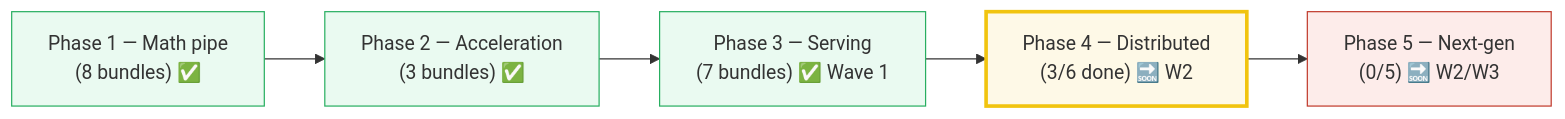
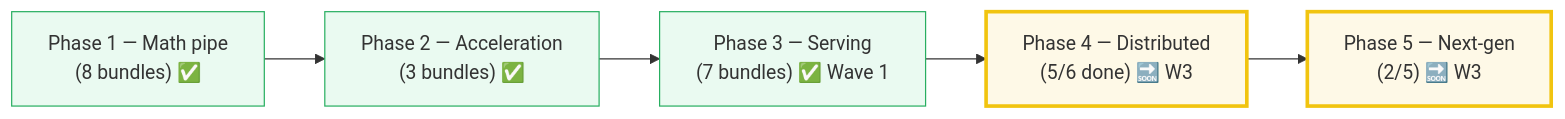
One commit to quanhua92/tutorials changed the second of 3 diagrams in llm/NEXT.md. Above: the diagram before and after it, drawn with Mermaid. The commit also changed other lines of this file and 23 other files, not shown here.

First line of the commit message:
feat(llm): add Wave 2 distributed + next-gen concept bundles

````diff
--- a/llm/NEXT.md
+++ b/llm/NEXT.md
@@ -64,12 +67,12 @@
 ```mermaid
 graph LR
     P1["Phase 1 — Math pipe<br/>(8 bundles) ✅"] --> P2["Phase 2 — Acceleration<br/>(3 bundles) ✅"]
     P2 --> P3["Phase 3 — Serving<br/>(7 bundles) ✅ Wave 1"]
-    P3 --> P4["Phase 4 — Distributed<br/>(3/6 done) 🔜 W2"]
-    P4 --> P5["Phase 5 — Next-gen<br/>(0/5) 🔜 W2/W3"]
+    P3 --> P4["Phase 4 — Distributed<br/>(5/6 done) 🔜 W3"]
+    P4 --> P5["Phase 5 — Next-gen<br/>(2/5) 🔜 W3"]
     style P1 fill:#eafaf1,stroke:#27ae60
     style P2 fill:#eafaf1,stroke:#27ae60
     style P3 fill:#eafaf1,stroke:#27ae60
     style P4 fill:#fef9e7,stroke:#f1c40f,stroke-width:3px
-    style P5 fill:#fdecea,stroke:#c0392b
+    style P5 fill:#fef9e7,stroke:#f1c40f,stroke-width:3px
 ```
````
